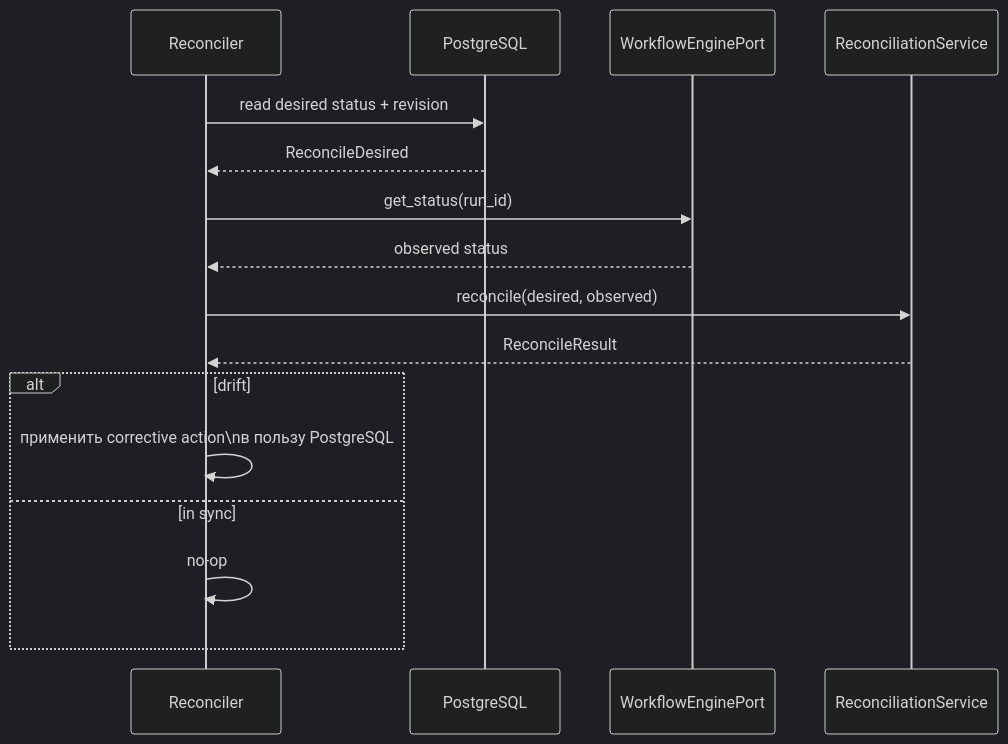
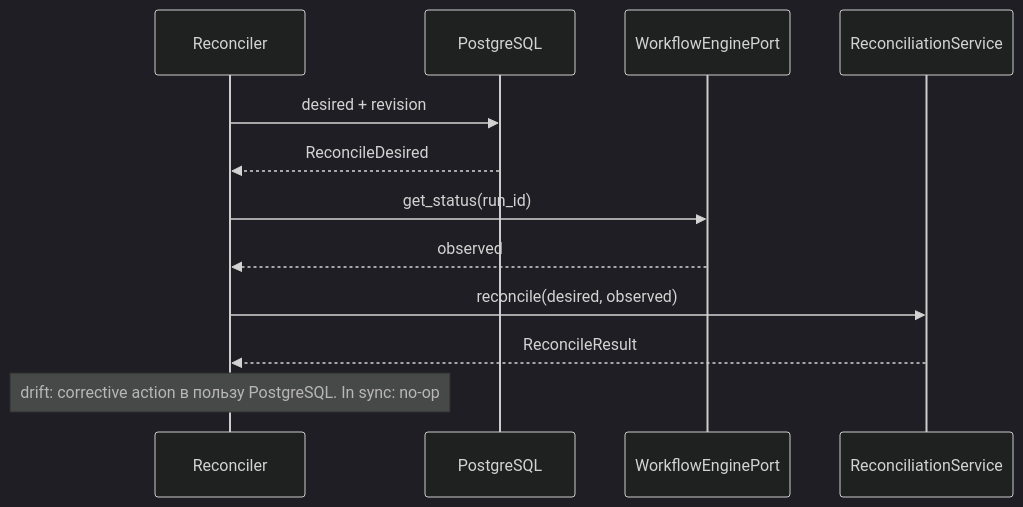
One commit to vadagama/dark-factory-mvp changed the third of 3 diagrams in docs/descriptions/ports.md. Above: the diagram before and after it, drawn with Mermaid (dark theme). The commit also changed other lines of this file and 11 other files, not shown here.

````diff
--- a/docs/descriptions/ports.md
+++ b/docs/descriptions/ports.md
@@ -214,19 +161,14 @@
 ```mermaid
 sequenceDiagram
     participant Cron as Reconciler
     participant PG as PostgreSQL
     participant Engine as WorkflowEnginePort
     participant Reconcile as ReconciliationService
-
-    Cron->>PG: read desired status + revision
+    Cron->>PG: desired + revision
     PG-->>Cron: ReconcileDesired
     Cron->>Engine: get_status(run_id)
-    Engine-->>Cron: observed status
+    Engine-->>Cron: observed
     Cron->>Reconcile: reconcile(desired, observed)
     Reconcile-->>Cron: ReconcileResult
-    alt drift
-        Cron->>Cron: применить corrective action\nв пользу PostgreSQL
-    else in sync
-        Cron->>Cron: no-op
-    end
+    Note over Cron: drift: corrective action в пользу PostgreSQL. In sync: no-op
 ```
````
